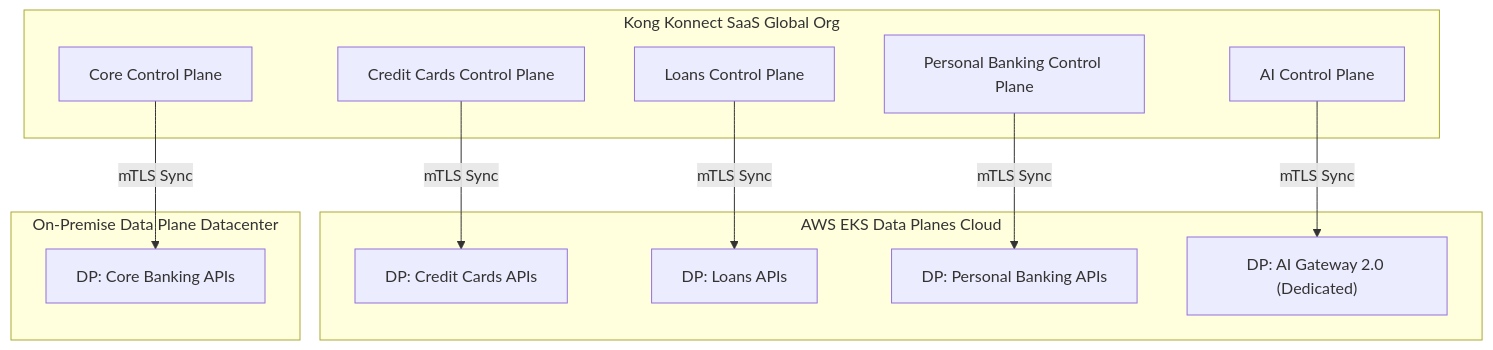
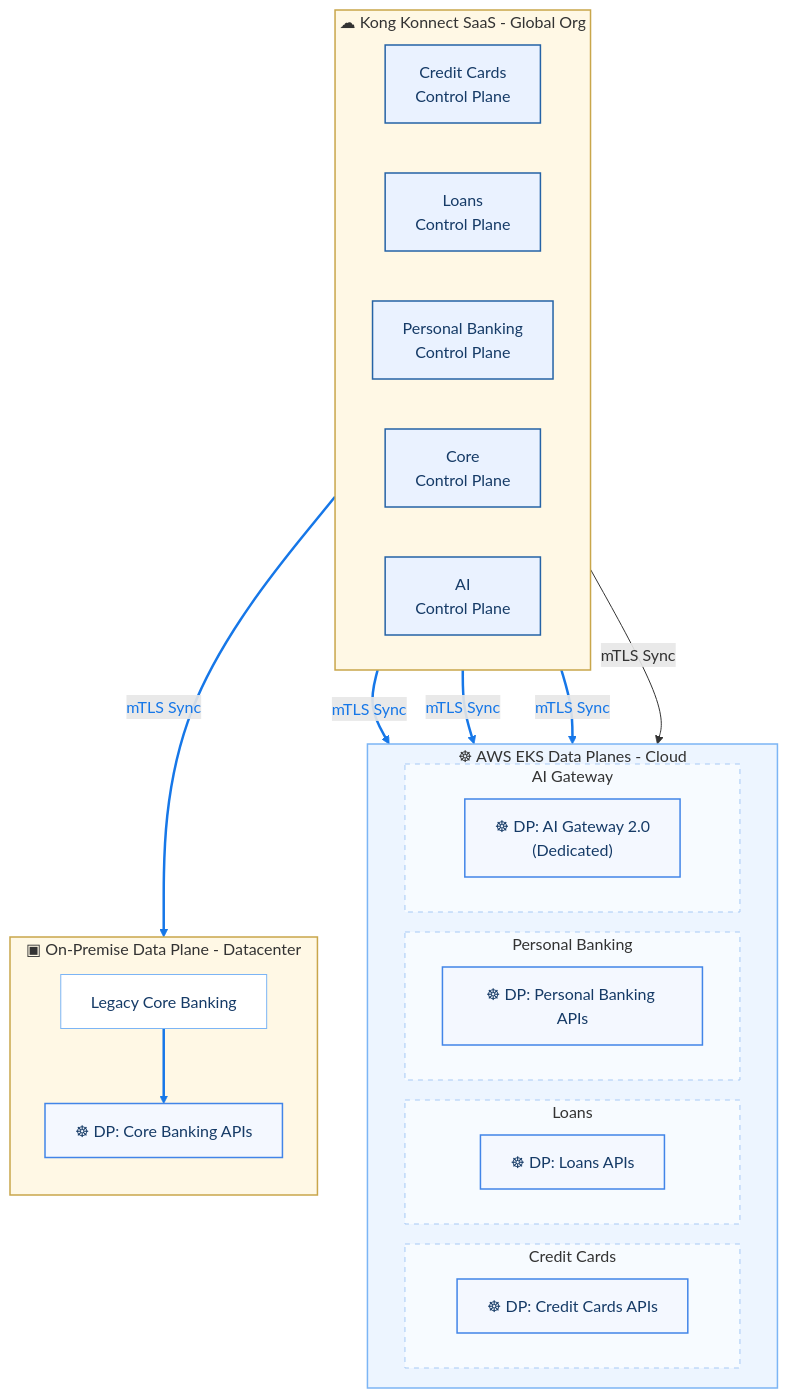
The diagram in Day2_Implementation/media/cp_dp_topology.mmd (rzengin/Kong-Bootcamp-Case1-Fintech), drawn with Mermaid before and after one commit. The commit also changed 16 other files, not shown here.

Commit message:
Update Day 1 and Day 2 artifacts, scripts, and topology diagram

```diff
--- a/Day2_Implementation/media/cp_dp_topology.mmd
+++ b/Day2_Implementation/media/cp_dp_topology.mmd
@@ -1,29 +1,81 @@
-flowchart TD
-    %% Kong Konnect SaaS (Control Planes)
-    subgraph CP [Kong Konnect SaaS Global Org]
-        CP1["Credit Cards Control Plane"]
-        CP2["Loans Control Plane"]
-        CP3["Personal Banking Control Plane"]
-        CP4["Core Control Plane"]
-        CP5["AI Control Plane"]
+flowchart TB
+    %% ========================================
+    %% KONG KONNECT SAAS - GLOBAL ORGANIZATION
+    %% ========================================
+    subgraph CP["☁ Kong Konnect SaaS - Global Org"]
+        direction LR
+
+        CP1["Credit Cards<br/>Control Plane"]
+        CP2["Loans<br/>Control Plane"]
+        CP3["Personal Banking<br/>Control Plane"]
+        CP4["Core<br/>Control Plane"]
+        CP5["AI<br/>Control Plane"]
     end
 
-    %% Kubernetes Data Planes (AWS EKS)
-    subgraph KDP_EKS [AWS EKS Data Planes Cloud]
-        DP_CC["DP: Credit Cards APIs"]
-        DP_Loans["DP: Loans APIs"]
-        DP_PB["DP: Personal Banking APIs"]
-        DP_AI["DP: AI Gateway 2.0 (Dedicated)"]
+    %% ========================================
+    %% DATA PLANES - AWS EKS CLOUD
+    %% ========================================
+    subgraph CLOUD["☸ AWS EKS Data Planes - Cloud"]
+        direction LR
+
+        subgraph CC_ZONE["Credit Cards"]
+            DP_CC["☸ DP: Credit Cards APIs"]
+        end
+
+        subgraph LOANS_ZONE["Loans"]
+            DP_Loans["☸ DP: Loans APIs"]
+        end
+
+        subgraph PB_ZONE["Personal Banking"]
+            DP_PB["☸ DP: Personal Banking APIs"]
+        end
+
+        subgraph AI_ZONE["AI Gateway"]
+            DP_AI["☸ DP: AI Gateway 2.0<br/>(Dedicated)"]
+        end
     end
 
-    %% On-Premise Data Plane (Legacy Core)
-    subgraph KDP_OnPrem [On-Premise Data Plane Datacenter]
-        DP_Core["DP: Core Banking APIs"]
+    %% ========================================
+    %% DATA PLANES - ON PREMISE
+    %% ========================================
+    subgraph ONPREM["▣ On-Premise Data Plane - Datacenter"]
+        direction TB
+
+        CORE_ZONE["Legacy Core Banking"]
+        DP_Core["☸ DP: Core Banking APIs"]
+
+        CORE_ZONE --> DP_Core
     end
 
-    %% Relationships (Konnect CP to Hybrid DPs)
-    CP1 -->|mTLS Sync| DP_CC
-    CP2 -->|mTLS Sync| DP_Loans
-    CP3 -->|mTLS Sync| DP_PB
-    CP4 -->|mTLS Sync| DP_Core
-    CP5 -->|mTLS Sync| DP_AI
+    %% ========================================
+    %% mTLS SYNCHRONIZATION
+    %% ========================================
+    CP1 -->|"mTLS Sync"| DP_CC
+    CP2 -->|"mTLS Sync"| DP_Loans
+    CP3 -->|"mTLS Sync"| DP_PB
+    CP4 -->|"mTLS Sync"| DP_Core
+    CP5 -->|"mTLS Sync"| DP_AI
+
+    %% ========================================
+    %% STYLES
+    %% ========================================
+    classDef control fill:#EAF2FF,stroke:#2563A6,stroke-width:1.5px,color:#163B67
+    classDef dataplane fill:#F4F8FF,stroke:#4285E8,stroke-width:1.5px,color:#163B67
+    classDef cloud fill:#EAF3FF,stroke:#7CB5F5,stroke-width:1px,color:#163B67
+    classDef onprem fill:#FFF6DF,stroke:#C9A64B,stroke-width:1px,color:#594512
+    classDef zone fill:#FFFFFF,stroke:#7CB5F5,stroke-width:1px,color:#163B67
+
+    class CP1,CP2,CP3,CP4,CP5 control
+    class DP_CC,DP_Loans,DP_PB,DP_AI,DP_Core dataplane
+    class CORE_ZONE zone
+
+    style CP fill:#FFF8E5,stroke:#C9A64B,stroke-width:1.5px
+    style CLOUD fill:#EDF5FF,stroke:#7CB5F5,stroke-width:1.5px
+    style ONPREM fill:#FFF8E5,stroke:#C9A64B,stroke-width:1.5px
+
+    style CC_ZONE fill:#F7FBFF,stroke:#A7C9F5,stroke-dasharray:5 5
+    style LOANS_ZONE fill:#F7FBFF,stroke:#A7C9F5,stroke-dasharray:5 5
+    style PB_ZONE fill:#F7FBFF,stroke:#A7C9F5,stroke-dasharray:5 5
+    style AI_ZONE fill:#F7FBFF,stroke:#A7C9F5,stroke-dasharray:5 5
+
+    linkStyle 0,1,2,3,4 stroke:#1677E8,stroke-width:2.5px,color:#1677E8
```
